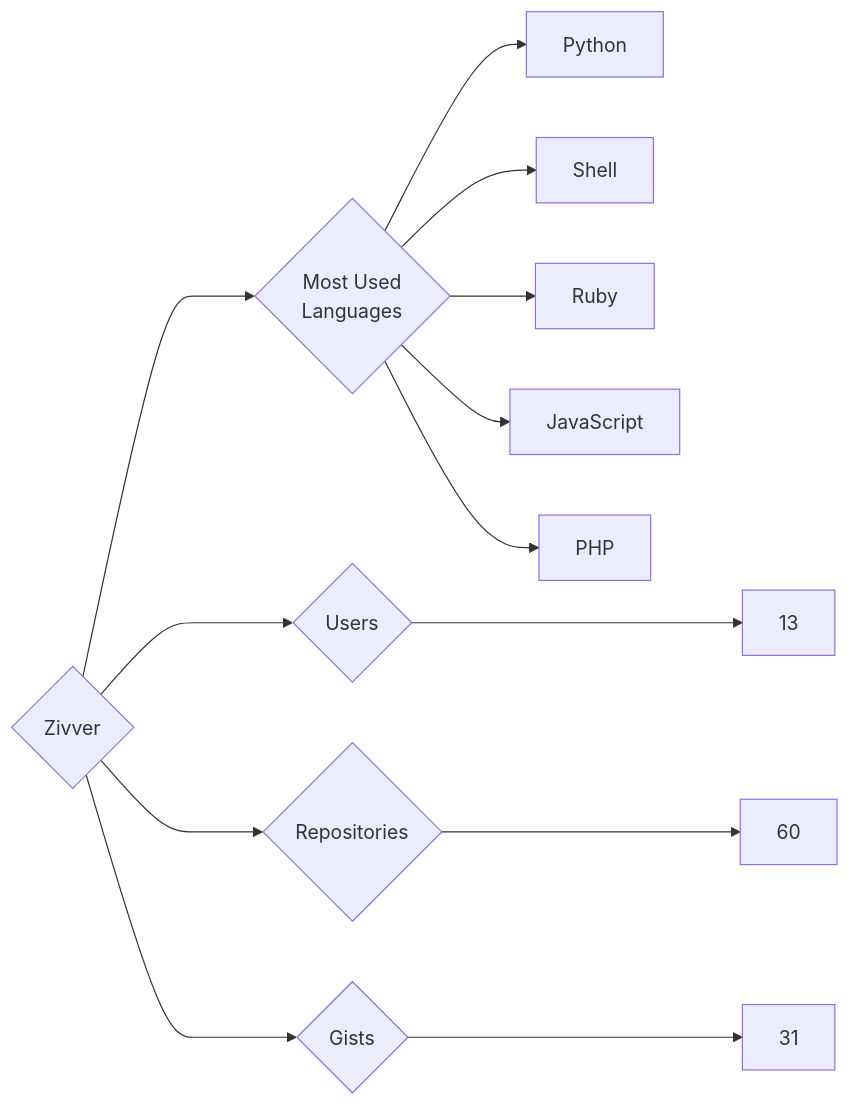
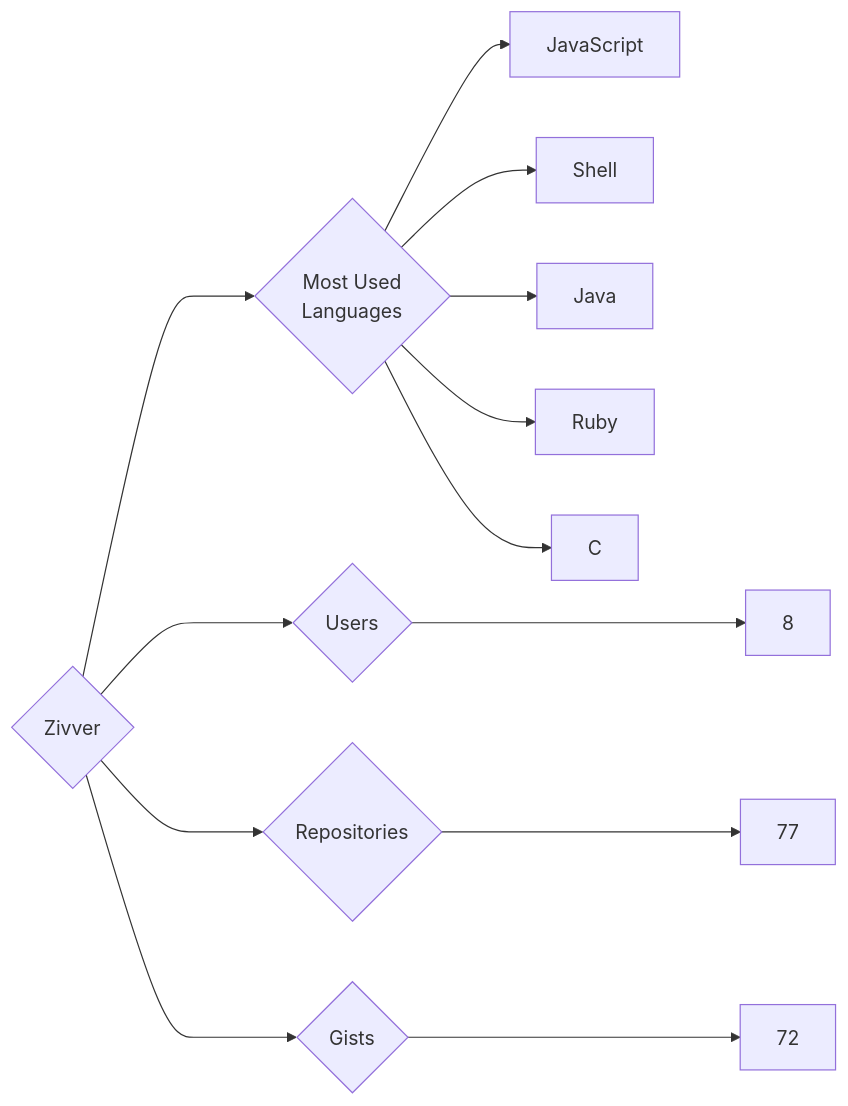
Before and after one commit to trickest/insiders: the diagram in targets/Zivver/README.md, drawn with Mermaid. The commit also changed 970 other files, not shown here.

````diff
--- a/targets/Zivver/README.md
+++ b/targets/Zivver/README.md
@@ -3,13 +3,13 @@
 ```mermaid
 graph LR
 COMPANY_NAME{Zivver}
-COMPANY_NAME ---> U{Users} ---> UN[13]
-COMPANY_NAME ---> R{Repositories} ---> RN[60]
-COMPANY_NAME ---> G{Gists} ---> GN[31]
+COMPANY_NAME ---> U{Users} ---> UN[8]
+COMPANY_NAME ---> R{Repositories} ---> RN[77]
+COMPANY_NAME ---> G{Gists} ---> GN[72]
 COMPANY_NAME ---> ML{Most Used<br>Languages}
-ML --> Python[Python]
+ML --> JavaScript[JavaScript]
 ML --> Shell[Shell]
+ML --> Java[Java]
 ML --> Ruby[Ruby]
-ML --> JavaScript[JavaScript]
-ML --> PHP[PHP]
+ML --> C[C]
 ```
````
